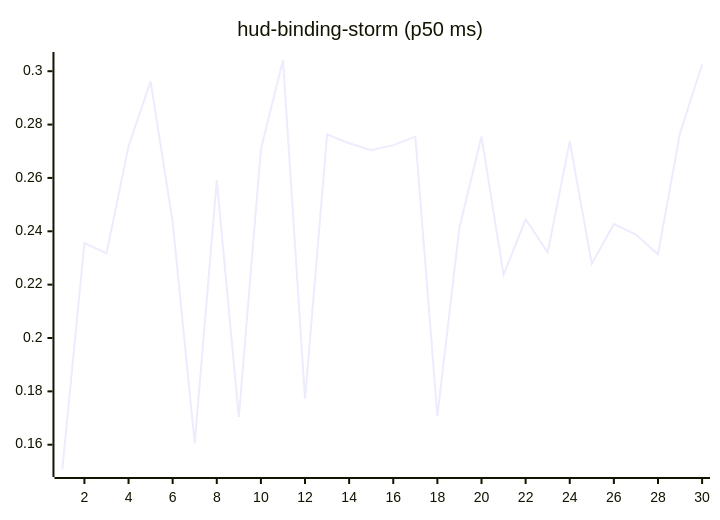
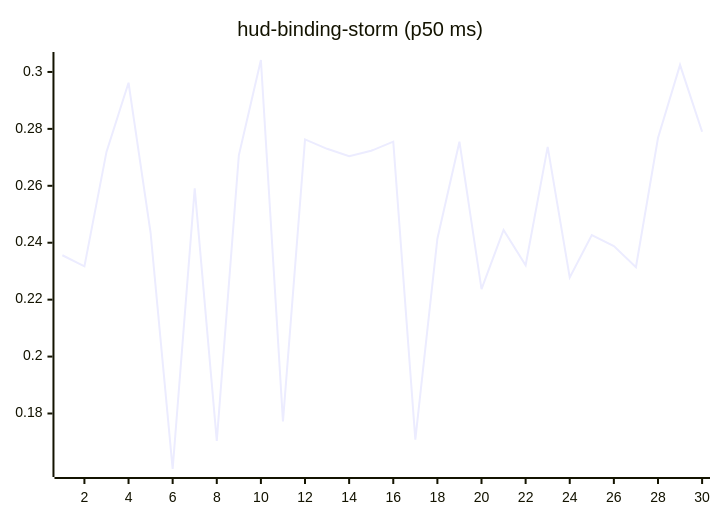
The tenth of 27 diagrams in README.md (josha/Facet), drawn with Mermaid before and after one commit. The commit also changed other lines of this file and 2 other files, not shown here.

````diff
--- a/README.md
+++ b/README.md
@@ -126,6 +126,6 @@
 ```mermaid
 xychart-beta
     title "hud-binding-storm (p50 ms)"
     x-axis 1 --> 30
-    line [0.1509, 0.2356, 0.2317, 0.2719, 0.2962, 0.2435, 0.1605, 0.2591, 0.1704, 0.2707, 0.3042, 0.1772, 0.2763, 0.2730, 0.2704, 0.2723, 0.2755, 0.1708, 0.2414, 0.2755, 0.2237, 0.2445, 0.2321, 0.2737, 0.2278, 0.2427, 0.2388, 0.2314, 0.2768, 0.3025]
+    line [0.2356, 0.2317, 0.2719, 0.2962, 0.2435, 0.1605, 0.2591, 0.1704, 0.2707, 0.3042, 0.1772, 0.2763, 0.2730, 0.2704, 0.2723, 0.2755, 0.1708, 0.2414, 0.2755, 0.2237, 0.2445, 0.2321, 0.2737, 0.2278, 0.2427, 0.2388, 0.2314, 0.2768, 0.3025, 0.2790]
 ```
````
